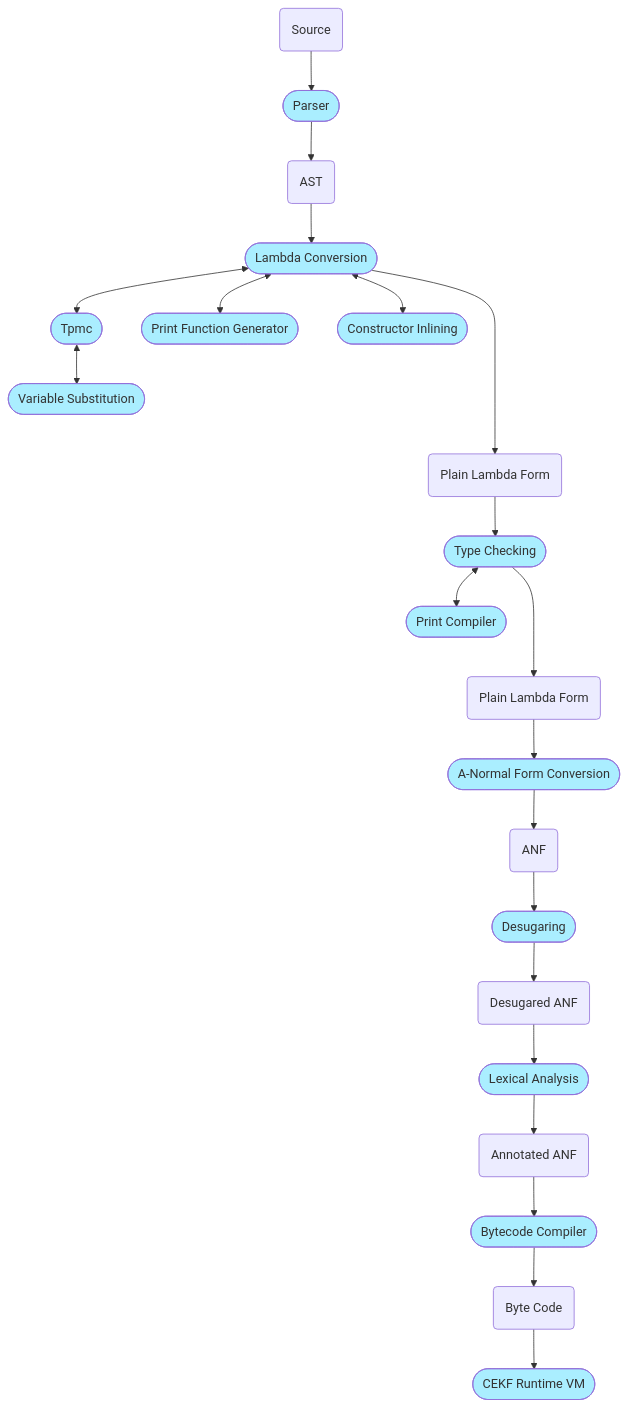
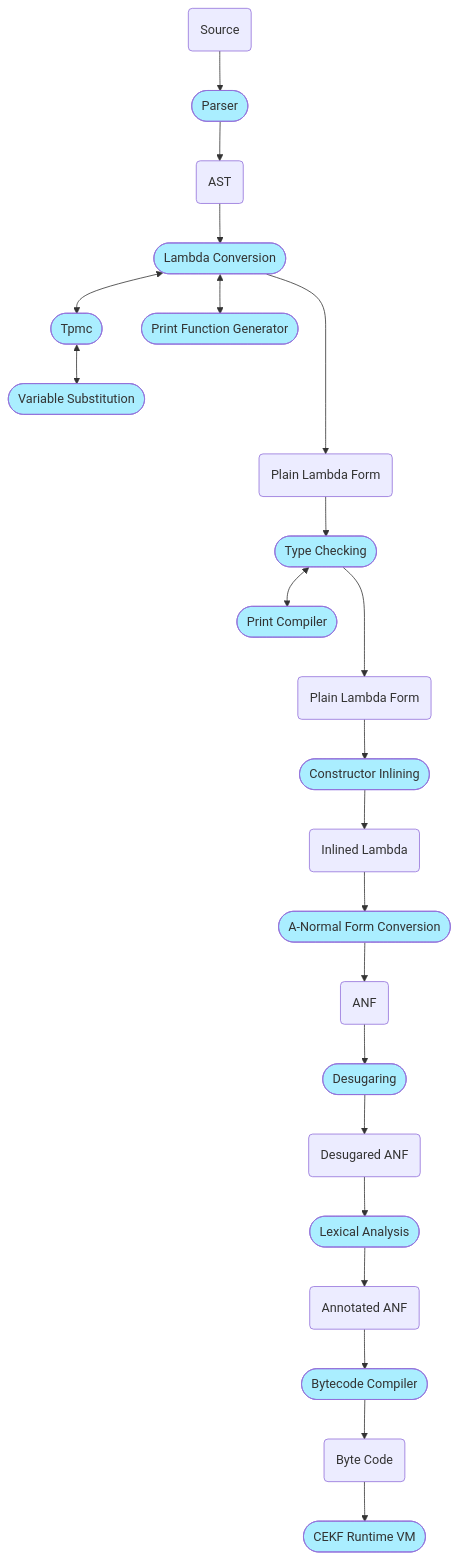
The diagram in README.md (billhails/CEKF), drawn with Mermaid before and after one commit. The commit also changed 3 other files, not shown here.

````diff
--- a/README.md
+++ b/README.md
@@ -68,24 +68,25 @@
 ```mermaid
 flowchart TD
 classDef process fill:#aef;
 source(Source) -->
 parser([Parser]):::process -->
 ast(AST) -->
 lc([Lambda Conversion]):::process <--> tpmc([Tpmc]):::process
 lc <--> pg([Print Function Generator]):::process
-lc <--> ci([Constructor Inlining]):::process
 tpmc <--> vs([Variable Substitution]):::process
 lc ----> lambda1(Plain Lambda Form)
 lambda1 --> tc([Type Checking]):::process
 tc <--> pc([Print Compiler]):::process
 tc ---> lambda2(Plain Lambda Form)
-lambda2 --> anfc([A-Normal Form Conversion]):::process
+lambda2 --> ci([Constructor Inlining]):::process
+ci --> lambda3(Inlined Lambda)
+lambda3 --> anfc([A-Normal Form Conversion]):::process
 anfc --> anf(ANF)
 anf --> desug([Desugaring]):::process
 desug --> danf(Desugared ANF)
 danf --> lexa([Lexical Analysis]):::process
 lexa --> ann(Annotated ANF)
 ann --> bcc([Bytecode Compiler]):::process
 bcc --> bc(Byte Code)
 bc --> cekf([CEKF Runtime VM]):::process
 ```
````
